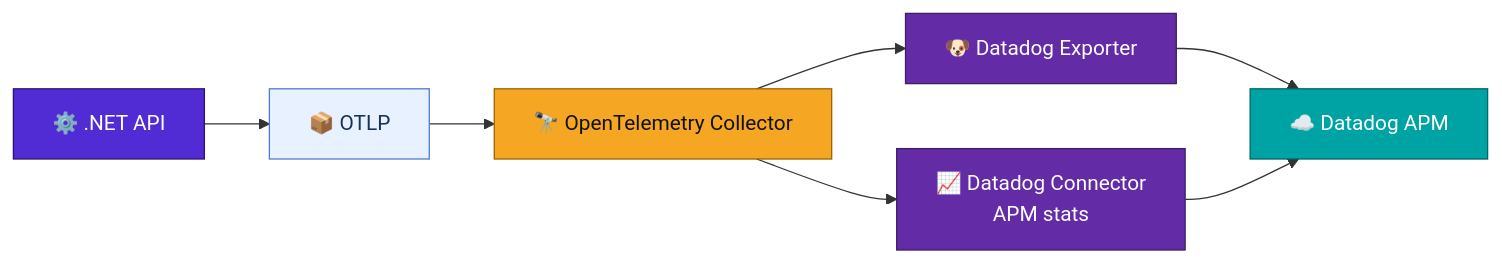
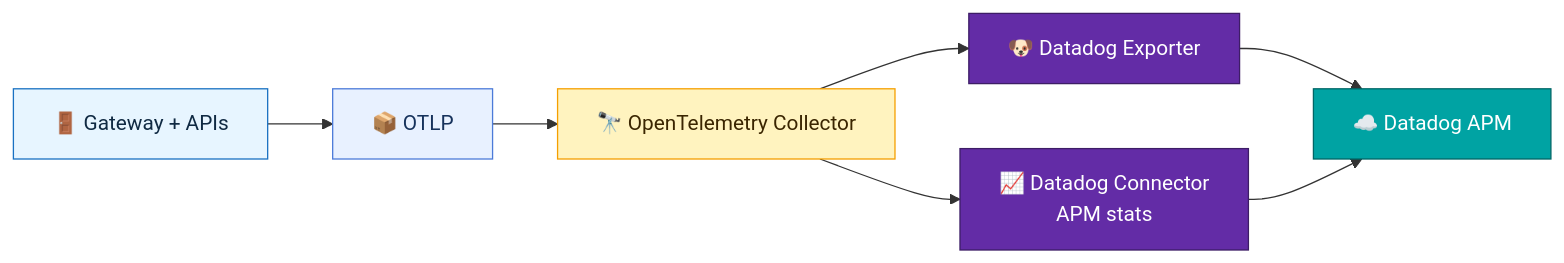
Before and after one commit to fnandop/aspire-apm-backends-pocs: the fourth of 7 diagrams in README.md, drawn with Mermaid. The commit also changed other lines of this file and 54 other files, not shown here.

````diff
--- a/README.md
+++ b/README.md
@@ -65,20 +97,20 @@
 ```mermaid
 graph LR
-    A["⚙️ .NET API"] --> B["📦 OTLP"]
-    B --> C["🔭 OpenTelemetry Collector"]
-    C --> D["🐶 Datadog Exporter"]
-    C --> E["📈 Datadog Connector<br/>APM stats"]
-    D --> F["☁️ Datadog APM"]
-    E --> F
+    APP["🚪 Gateway + APIs"] --> OTLP["📦 OTLP"]
+    OTLP --> OC["🔭 OpenTelemetry Collector"]
+    OC --> DDEXP["🐶 Datadog Exporter"]
+    OC --> DDCON["📈 Datadog Connector<br/>APM stats"]
+    DDEXP --> DD["☁️ Datadog APM"]
+    DDCON --> DD
 
-    classDef app fill:#512BD4,stroke:#2b166f,color:#fff
+    classDef app fill:#E7F5FF,stroke:#1971C2,color:#102A43
     classDef protocol fill:#E8F1FF,stroke:#4C7BD9,color:#16325C
-    classDef collector fill:#F5A623,stroke:#9A6400,color:#111
+    classDef collector fill:#FFF3BF,stroke:#F59F00,color:#3A2500
     classDef datadog fill:#632CA6,stroke:#3D1D66,color:#fff
     classDef cloud fill:#00A3A3,stroke:#006666,color:#fff
-    class A app
-    class B protocol
-    class C collector
-    class D,E datadog
-    class F cloud
+    class APP app
+    class OTLP protocol
+    class OC collector
+    class DDEXP,DDCON datadog
+    class DD cloud
 ```
````
